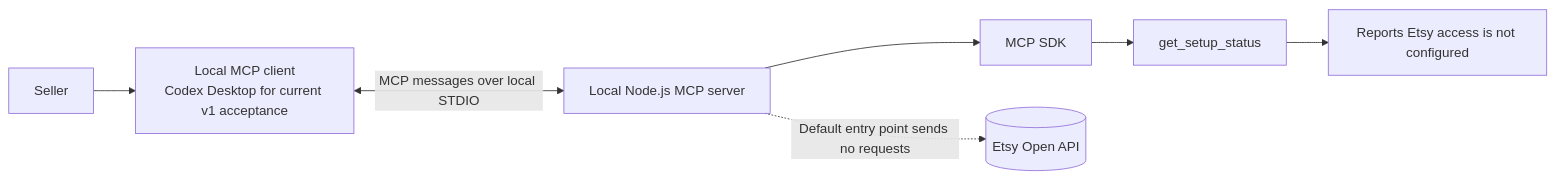
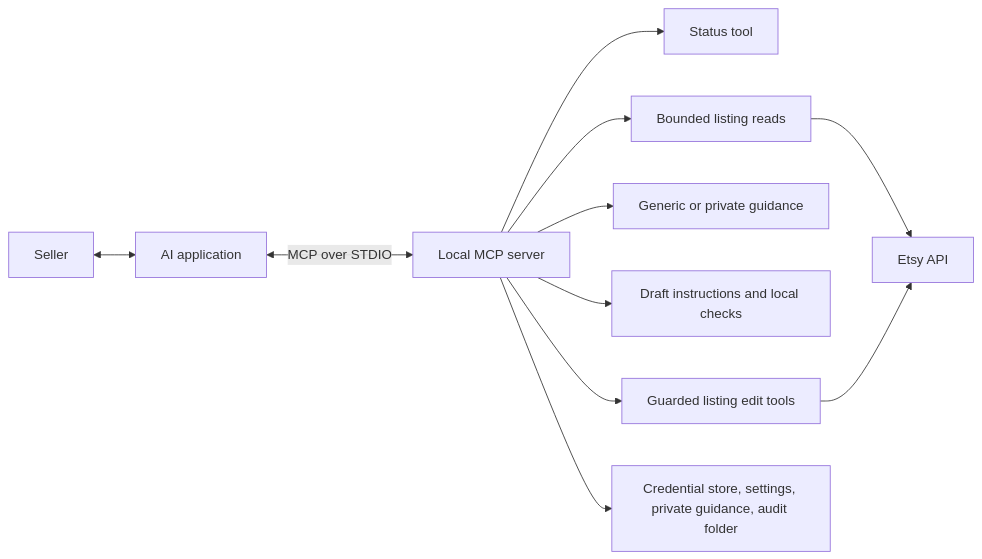
Before and after one commit to stevenfarmer/etsySellerAssistant: the first of 2 diagrams in docs/architecture.md, drawn with Mermaid. The commit also changed other lines of this file and 38 other files, not shown here.

````diff
--- a/docs/architecture.md
+++ b/docs/architecture.md
@@ -12,9 +7,13 @@
 ```mermaid
 flowchart LR
-  user[Seller] --> client[Local MCP client<br/>Codex Desktop for current v1 acceptance]
-  client <-->|MCP messages over local STDIO| process[Local Node.js MCP server]
-  process --> sdk[MCP SDK]
-  sdk --> tool[get_setup_status]
-  tool --> response[Reports Etsy access is not configured]
-  process -. "Default entry point sends no requests" .-> api[(Etsy Open API)]
+    Person[Seller] <--> App[AI application]
+    App <-->|MCP over STDIO| Server[Local MCP server]
+    Server --> Status[Status tool]
+    Server --> Read[Bounded listing reads]
+    Server --> Guidance[Generic or private guidance]
+    Server --> Draft[Draft instructions and local checks]
+    Server --> Edit[Guarded listing edit tools]
+    Read --> Etsy[Etsy API]
+    Edit --> Etsy
+    Server --> Local[Credential store, settings, private guidance, audit folder]
 ```
````
